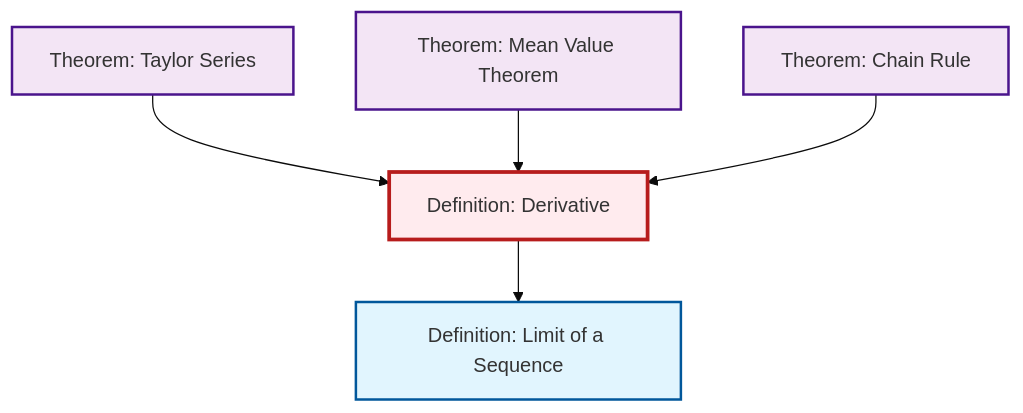
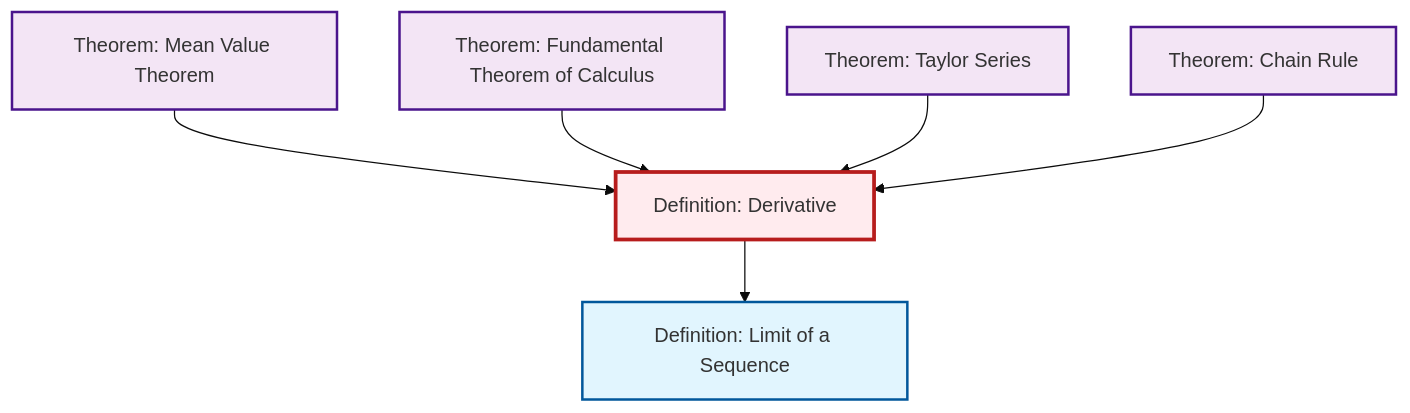
The second of 2 diagrams in content/en/analysis/def-derivative.qmd (RK0429/ModernMath), drawn with Mermaid (base theme) before and after one commit. The commit also changed 531 other files, not shown here.

````diff
--- a/content/en/analysis/def-derivative.qmd
+++ b/content/en/analysis/def-derivative.qmd
@@ -88,23 +88,26 @@
 ```{mermaid}
 %%| fig-cap: "Local dependency graph"
 graph TD
     classDef definition fill:#e1f5fe,stroke:#01579b,stroke-width:2px
     classDef theorem fill:#f3e5f5,stroke:#4a148c,stroke-width:2px
     classDef axiom fill:#fff3e0,stroke:#e65100,stroke-width:2px
     classDef example fill:#e8f5e9,stroke:#1b5e20,stroke-width:2px
     classDef current fill:#ffebee,stroke:#b71c1c,stroke-width:3px
+    thm-mean-value["Theorem: Mean Value Theorem"]:::theorem
     def-limit["Definition: Limit of a Sequence"]:::definition
-    thm-mean-value["Theorem: Mean Value Theorem"]:::theorem
+    thm-chain-rule["Theorem: Chain Rule"]:::theorem
     def-derivative["Definition: Derivative"]:::definition
-    thm-chain-rule["Theorem: Chain Rule"]:::theorem
     thm-taylor-series["Theorem: Taylor Series"]:::theorem
+    thm-fundamental-calculus["Theorem: Fundamental Theorem of Calculus"]:::theorem
+    thm-mean-value --> def-derivative
+    def-derivative --> def-limit
+    thm-fundamental-calculus --> def-derivative
     thm-taylor-series --> def-derivative
-    thm-mean-value --> def-derivative
     thm-chain-rule --> def-derivative
-    def-derivative --> def-limit
     class def-derivative current
+    click thm-mean-value "thm-mean-value.html" "Go to Mean Value Theorem theorem"
     click def-limit "def-limit.html" "Go to Limit of a Sequence definition"
-    click thm-mean-value "thm-mean-value.html" "Go to Mean Value Theorem theorem"
     click thm-chain-rule "thm-chain-rule.html" "Go to Chain Rule theorem"
     click thm-taylor-series "thm-taylor-series.html" "Go to Taylor Series theorem"
+    click thm-fundamental-calculus "thm-fundamental-calculus.html" "Go to Fundamental Theorem of Calculus theorem"
 ```
````
